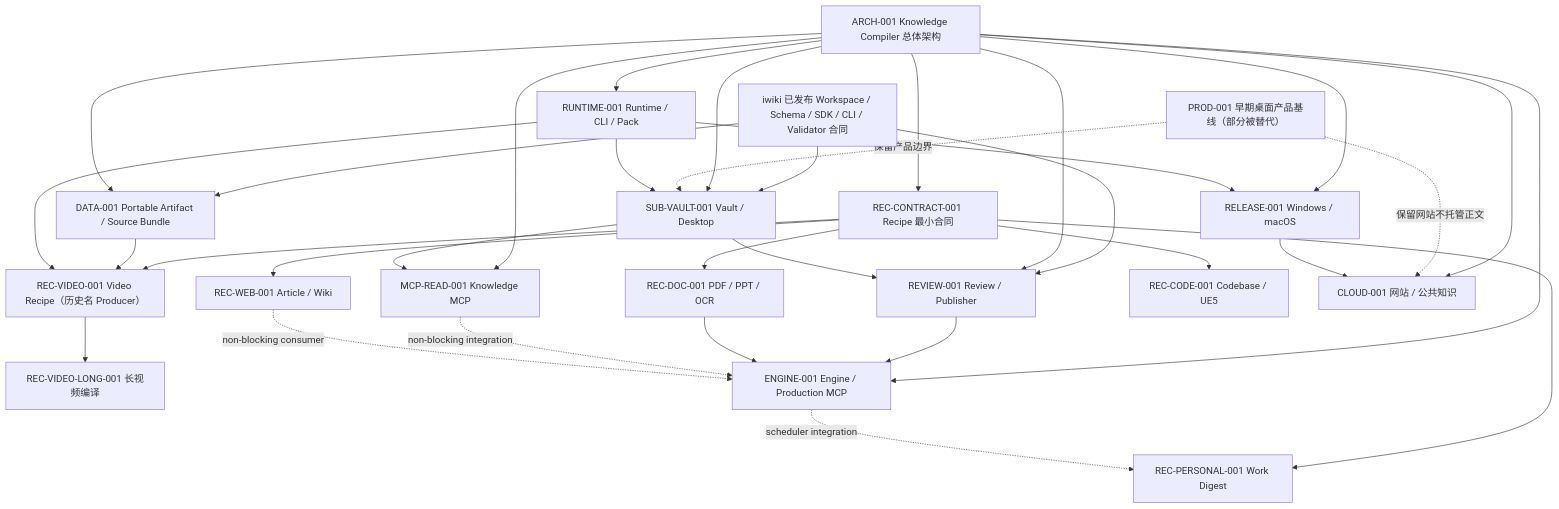
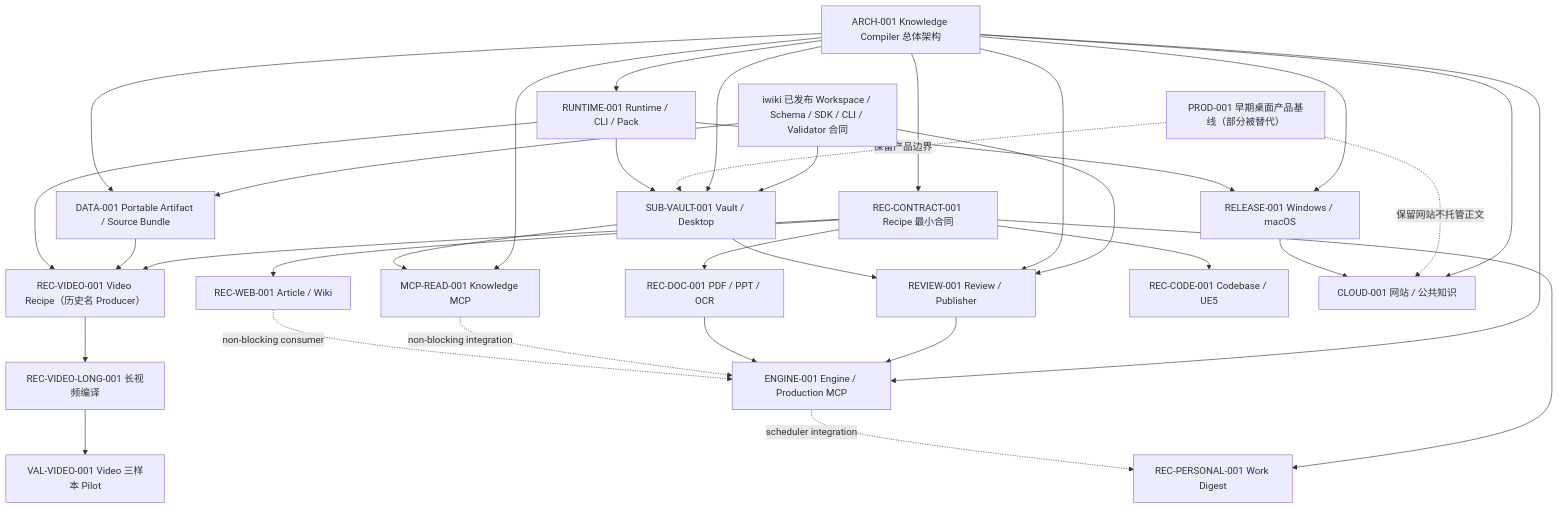
Before and after one commit to xrunmasterx/AllToNote: the first of 2 diagrams in docs/tasks/alltonote-design-coverage-matrix.md, drawn with Mermaid. The commit also changed other lines of this file and 8 other files, not shown here.

Commit message:
docs(video): close three-sample dogfood pilot

````diff
--- a/docs/tasks/alltonote-design-coverage-matrix.md
+++ b/docs/tasks/alltonote-design-coverage-matrix.md
@@ -30,54 +30,56 @@
 ```mermaid
 flowchart TD
     IW["iwiki 已发布 Workspace / Schema / SDK / CLI / Validator 合同"]
     ARCH["ARCH-001 Knowledge Compiler 总体架构"]
     PROD["PROD-001 早期桌面产品基线（部分被替代）"]
     DATA["DATA-001 Portable Artifact / Source Bundle"]
     VAULT["SUB-VAULT-001 Vault / Desktop"]
     RUNTIME["RUNTIME-001 Runtime / CLI / Pack"]
     RX["REC-CONTRACT-001 Recipe 最小合同"]
     VIDEO["REC-VIDEO-001 Video Recipe（历史名 Producer）"]
     LONG["REC-VIDEO-LONG-001 长视频编译"]
+    DOGFOOD["VAL-VIDEO-001 Video 三样本 Pilot"]
     REVIEW["REVIEW-001 Review / Publisher"]
     KMCP["MCP-READ-001 Knowledge MCP"]
     ENGINE["ENGINE-001 Engine / Production MCP"]
     WEB["REC-WEB-001 Article / Wiki"]
     DOC["REC-DOC-001 PDF / PPT / OCR"]
     CODE["REC-CODE-001 Codebase / UE5"]
     PERSONAL["REC-PERSONAL-001 Work Digest"]
     CLOUD["CLOUD-001 网站 / 公共知识"]
     REL["RELEASE-001 Windows / macOS"]
 
     IW --> DATA
     IW --> VAULT
     IW --> REVIEW
     ARCH --> RUNTIME
     ARCH --> DATA
     ARCH --> VAULT
     ARCH --> RX
     ARCH --> REVIEW
     ARCH --> KMCP
     ARCH --> ENGINE
     ARCH --> CLOUD
     ARCH --> REL
     PROD -. "保留产品边界" .-> VAULT
     PROD -. "保留网站不托管正文" .-> CLOUD
     RX --> VIDEO
     VIDEO --> LONG
+    LONG --> DOGFOOD
     DATA --> VIDEO
     RX --> WEB
     RX --> DOC
     RX --> CODE
     RX --> PERSONAL
     RUNTIME --> VIDEO
     RUNTIME --> VAULT
     VAULT --> REVIEW
     VAULT --> KMCP
     REVIEW --> ENGINE
     DOC --> ENGINE
     ENGINE -. "scheduler integration" .-> PERSONAL
     KMCP -. "non-blocking integration" .-> ENGINE
     WEB -. "non-blocking consumer" .-> ENGINE
     RUNTIME --> REL
     REL --> CLOUD
 ```
````
